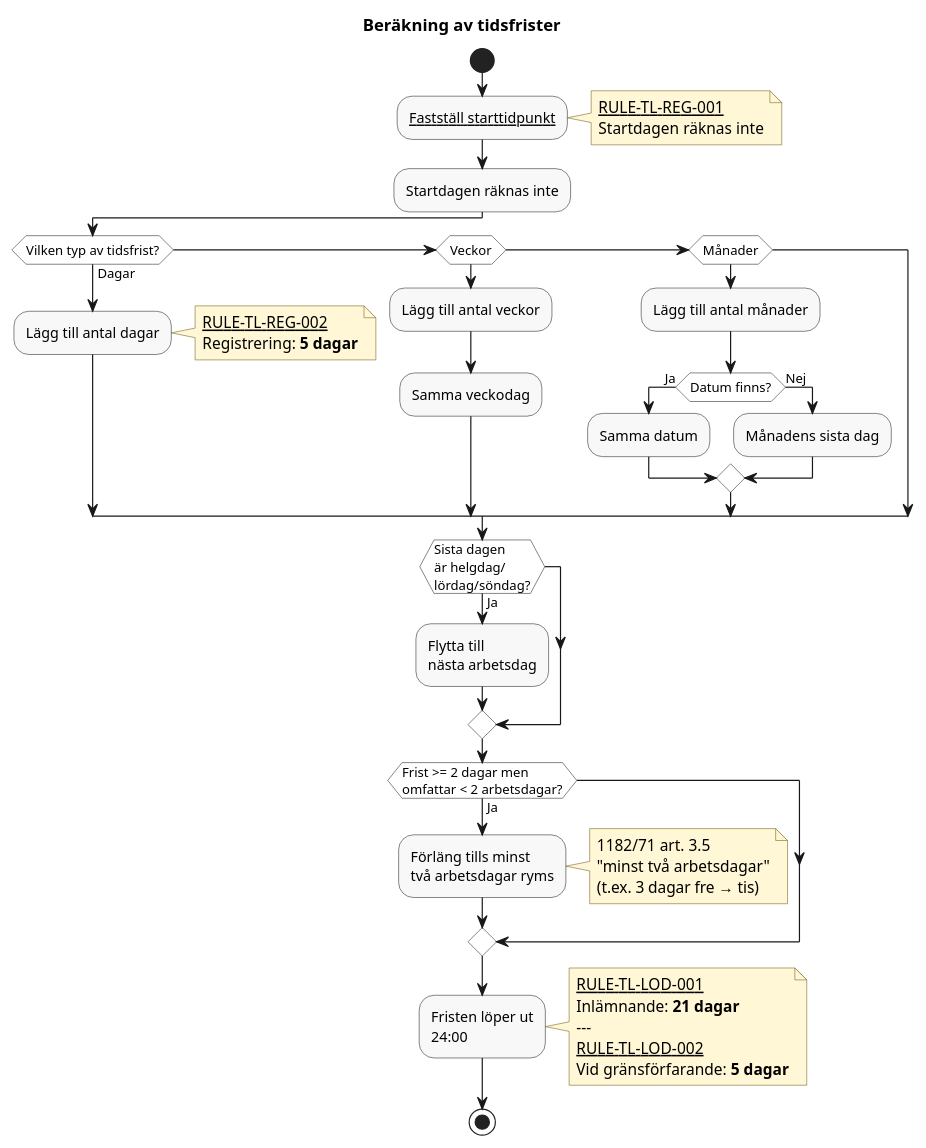
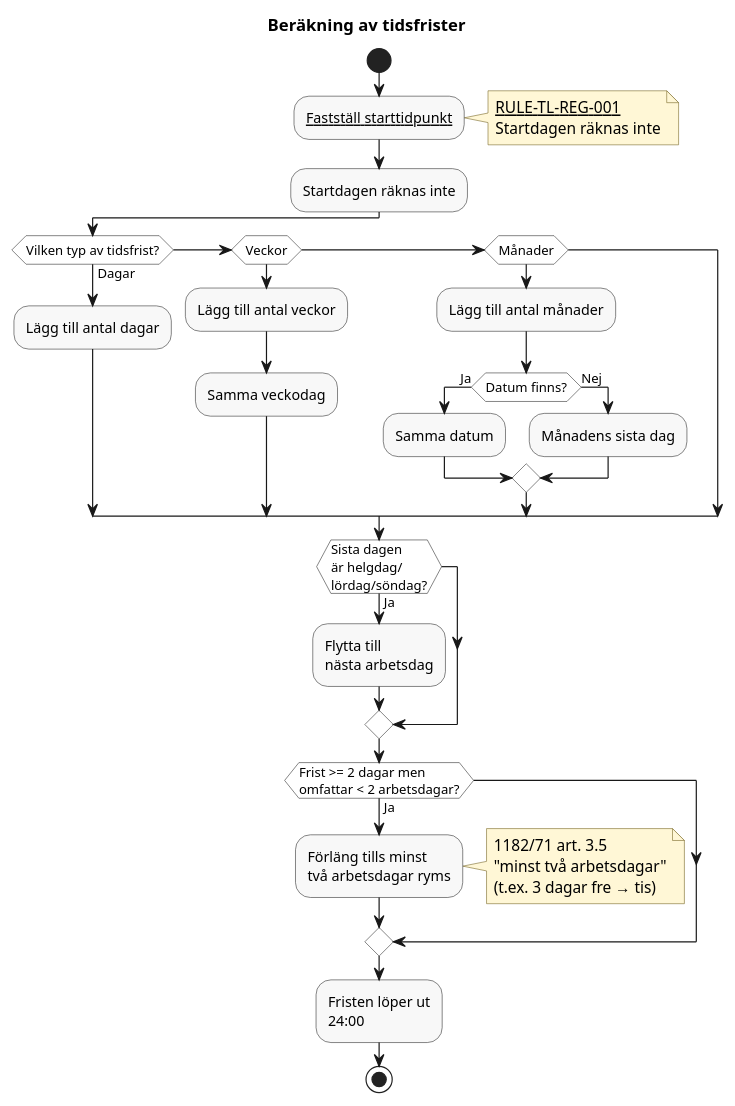
One commit to chrhe894/migration_pact changed the diagram in docs/shared/time-limits/diagrams/time_limits.puml. Above: the diagram before and after it, drawn with PlantUML. The commit also changed other lines of this file, not shown here.

Commit message:
Updated diagram

```diff
--- a/docs/shared/time-limits/diagrams/time_limits.puml
+++ b/docs/shared/time-limits/diagrams/time_limits.puml
@@ -15,88 +15,77 @@
 @startuml time_limits
 
 title Beräkning av tidsfrister
 
 skinparam shadowing false
 skinparam HyperlinkColor Black
 skinparam HyperlinkUnderline true
 skinparam defaultFontName Arial
 skinparam activity {
   BackgroundColor #F8F8F8
   BorderColor #333333
   DiamondBackgroundColor #FFFFFF
   DiamondBorderColor #333333
 }
 skinparam note {
   BackgroundColor #FFF7D6
   BorderColor #7A6A2A
 }
 
 start
 
 :[[../rules/rule-tl-reg-001.md Fastställ starttidpunkt]];
 note right
   [[../rules/rule-tl-reg-001.md RULE-TL-REG-001]]
   Startdagen räknas inte
 end note
 
 :Startdagen räknas inte;
 
 if (Vilken typ av tidsfrist?) then (Dagar)
 
     :Lägg till antal dagar;
-    note right
-      [[../rules/rule-tl-reg-002.md RULE-TL-REG-002]]
-      Registrering: **5 dagar**
-    end note
 
 elseif (Veckor)
 
     :Lägg till antal veckor;
 
     :Samma veckodag;
 
 elseif (Månader)
 
     :Lägg till antal månader;
 
     if (Datum finns?) then (Ja)
 
         :Samma datum;
 
     else (Nej)
 
         :Månadens sista dag;
 
     endif
 
 endif
 
 if (Sista dagen\när helgdag/\nlördag/söndag?) then (Ja)
 
     :Flytta till\nnästa arbetsdag;
 
 endif
 
 if (Frist >= 2 dagar men\nomfattar < 2 arbetsdagar?) then (Ja)
 
     :Förläng tills minst\ntvå arbetsdagar ryms;
     note right
       1182/71 art. 3.5
       "minst två arbetsdagar"
       (t.ex. 3 dagar fre → tis)
     end note
 
 endif
 
 :Fristen löper ut\n24:00;
-note right
-  [[../rules/rule-tl-lod-001.md RULE-TL-LOD-001]]
-  Inlämnande: **21 dagar**
-  ---
-  [[../rules/rule-tl-lod-002.md RULE-TL-LOD-002]]
-  Vid gränsförfarande: **5 dagar**
-end note
 
 stop
 
 @enduml
```
